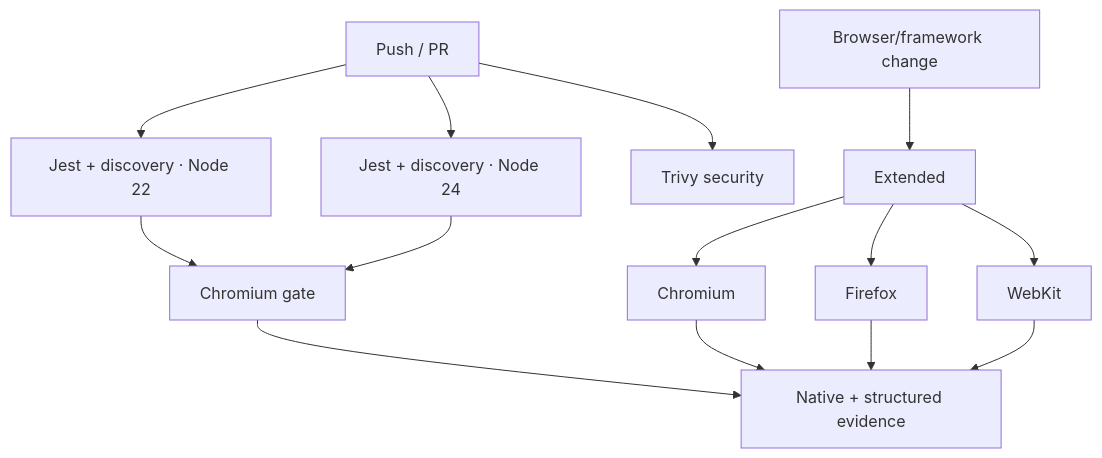
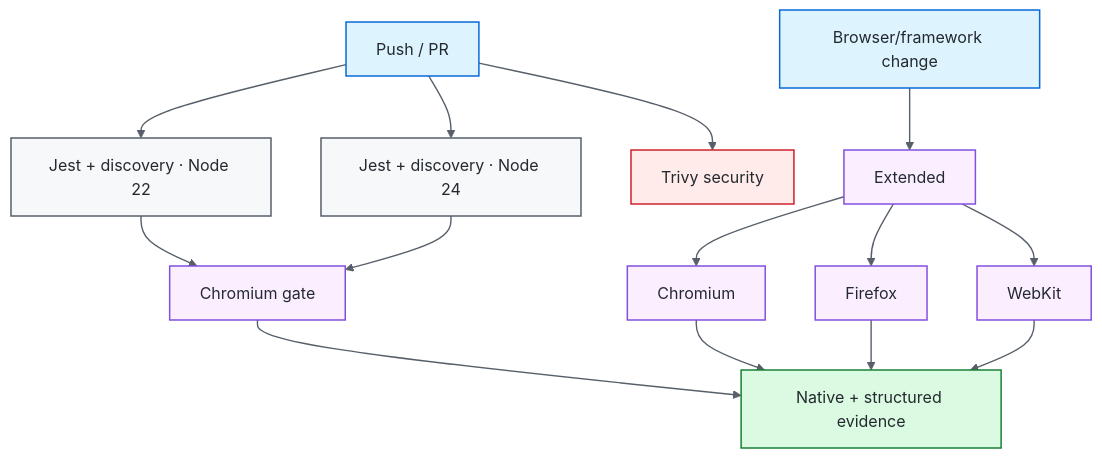
The third of 3 diagrams in README.md (portyu9/qa-automation-node-playwright), drawn with Mermaid before and after one commit. The commit also changed other lines of this file, not shown here.

Commit message:
Polish badges and Mermaid diagrams (#15)

````diff
--- a/README.md
+++ b/README.md
@@ -301,16 +321,28 @@
 ```mermaid
 flowchart TD
     PR[Push / PR] --> N22[Jest + discovery · Node 22]
     PR --> N24[Jest + discovery · Node 24]
     N22 --> CH[Chromium gate]
     N24 --> CH
     PR --> SEC[Trivy security]
     BCHANGE[Browser/framework change] --> EXT[Extended]
     EXT --> C[Chromium]
     EXT --> F[Firefox]
     EXT --> W[WebKit]
     CH --> ART[Native + structured evidence]
     C --> ART
     F --> ART
     W --> ART
+
+    classDef entry fill:#ddf4ff,stroke:#0969da,color:#24292f,stroke-width:1.5px;
+    classDef core fill:#f6f8fa,stroke:#57606a,color:#24292f,stroke-width:1.5px;
+    classDef gate fill:#fbefff,stroke:#8250df,color:#24292f,stroke-width:1.5px;
+    classDef evidence fill:#dafbe1,stroke:#1a7f37,color:#24292f,stroke-width:1.5px;
+    classDef security fill:#ffebe9,stroke:#cf222e,color:#24292f,stroke-width:1.5px;
+    class PR,BCHANGE entry;
+    class N22,N24 core;
+    class CH,EXT,C,F,W gate;
+    class SEC security;
+    class ART evidence;
+    linkStyle default stroke:#57606a,stroke-width:1.4px;
 ```
````
